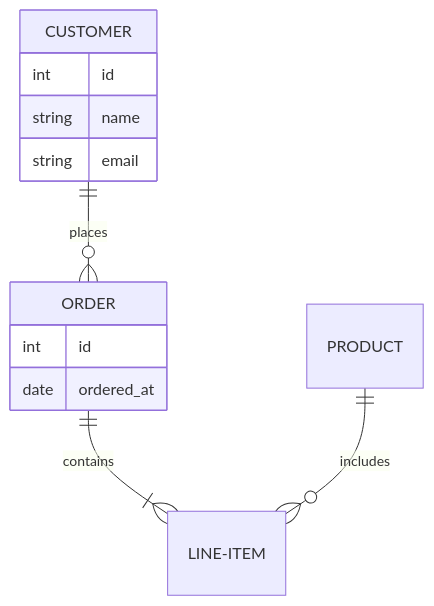
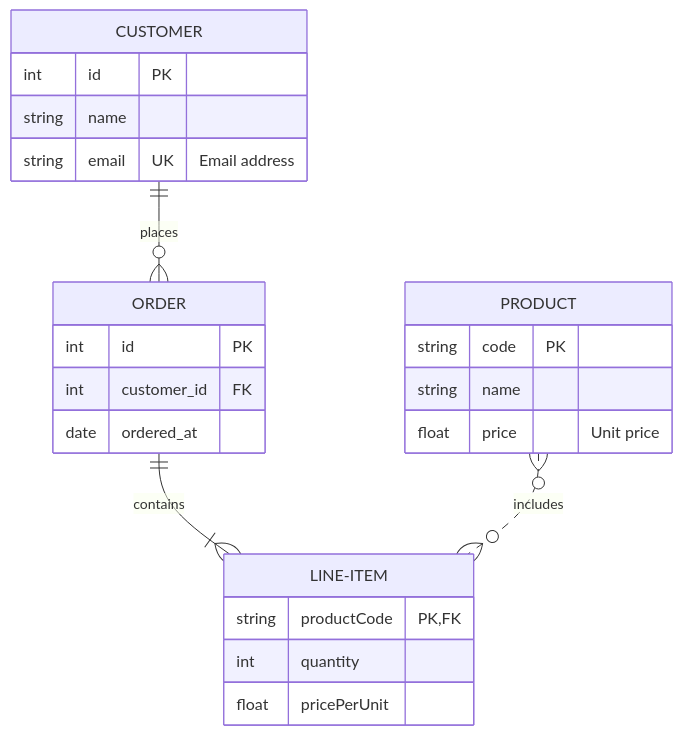
Before and after one commit to notfolder/qmd_to_pptx: diagram 11 of 27 in tests/demo_full.qmd, drawn with Mermaid. The commit also changed 2 other files, not shown here.

Commit message:
feat: ER図のリレーションシップと属性にPK/FKを追加し、関係を修正

````diff
--- a/tests/demo_full.qmd
+++ b/tests/demo_full.qmd
@@ -284,15 +284,26 @@
 ```mermaid
 erDiagram
     CUSTOMER ||--o{ ORDER : places
     ORDER ||--|{ LINE-ITEM : contains
-    PRODUCT ||--o{ LINE-ITEM : includes
+    PRODUCT }o..o{ LINE-ITEM : includes
     CUSTOMER {
-        int id
+        int id PK
         string name
-        string email
+        string email UK "Email address"
     }
     ORDER {
-        int id
+        int id PK
+        int customer_id FK
         date ordered_at
     }
+    LINE-ITEM {
+        string productCode PK, FK
+        int quantity
+        float pricePerUnit
+    }
+    PRODUCT {
+        string code PK
+        string name
+        float price "Unit price"
+    }
 ```
````
